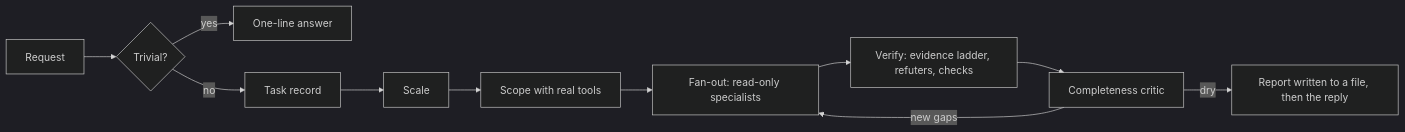
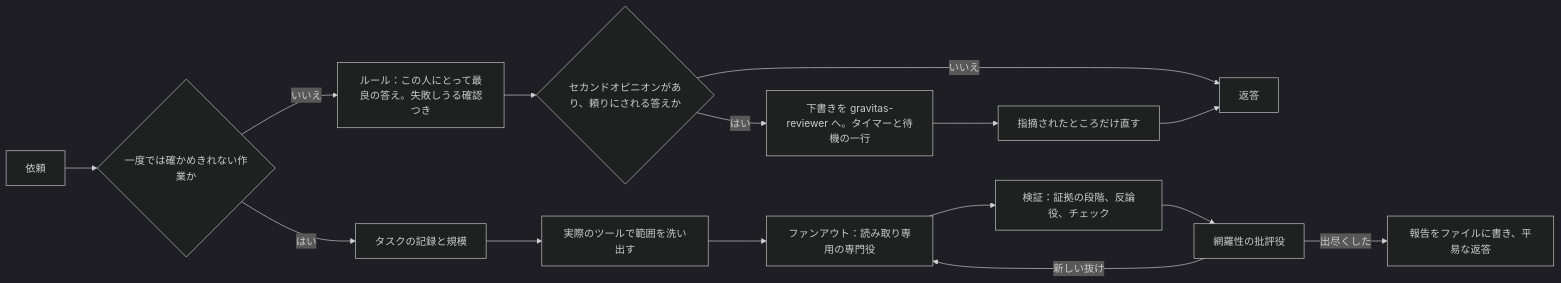
Before and after one commit to Emily2040/gravitas: the diagram in README.ja.md, drawn with Mermaid (dark theme). The commit also changed other lines of this file and 315 other files, not shown here.

````diff
--- a/README.ja.md
+++ b/README.ja.md
@@ -182,13 +1119,17 @@
 ```mermaid
 flowchart LR
-  A[Request] --> B{Trivial?}
-  B -- yes --> Z[One-line answer]
-  B -- no --> C[Task record]
-  C --> D[Scale]
-  D --> E[Scope with real tools]
-  E --> F[Fan-out: read-only specialists]
-  F --> G[Verify: evidence ladder, refuters, checks]
-  G --> H[Completeness critic]
-  H -- new gaps --> F
-  H -- dry --> I[Report written to a file, then the reply]
+  A[依頼] --> B{一度では確かめきれない作業か}
+  B -- いいえ --> C[ルール：この人にとって最良の答え。失敗しうる確認つき]
+  C --> D{セカンドオピニオンがあり、頼りにされる答えか}
+  D -- いいえ --> R[返答]
+  D -- はい --> E[下書きを gravitas-reviewer へ。タイマーと待機の一行]
+  E --> F[指摘されたところだけ直す]
+  F --> R
+  B -- はい --> G[タスクの記録と規模]
+  G --> H[実際のツールで範囲を洗い出す]
+  H --> I[ファンアウト：読み取り専用の専門役]
+  I --> J[検証：証拠の段階、反論役、チェック]
+  J --> K[網羅性の批評役]
+  K -- 新しい抜け --> I
+  K -- 出尽くした --> L[報告をファイルに書き、平易な返答]
 ```
````
